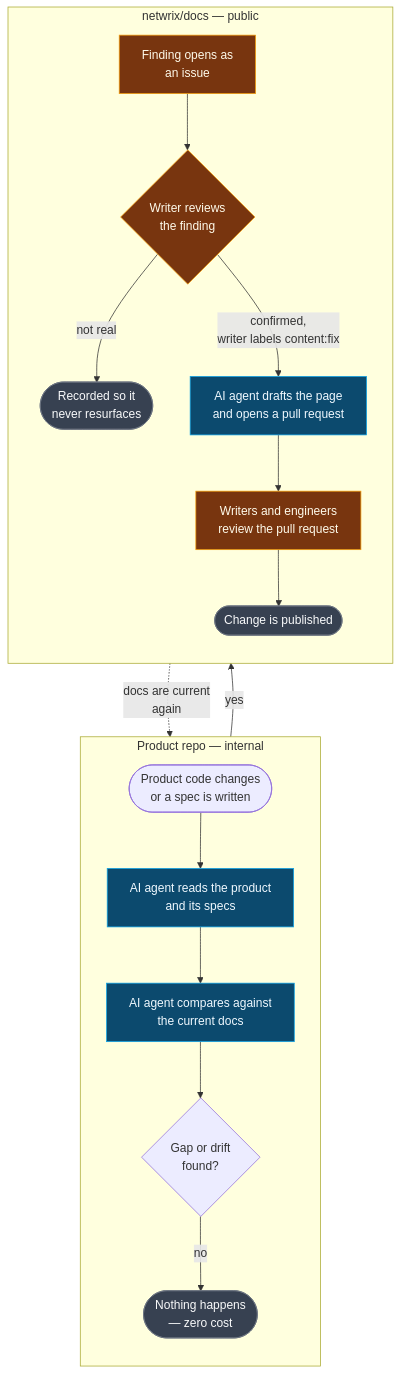
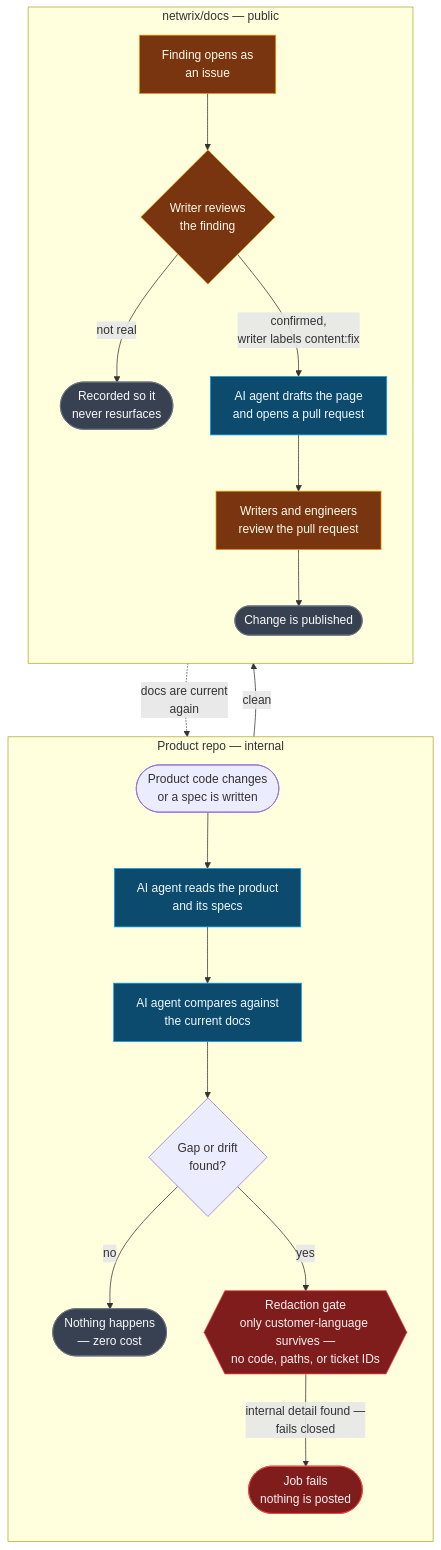
Before and after one commit to netwrix/docs: the first of 7 diagrams in docsync/xchange-article.md, drawn with Mermaid. The commit also changed other lines of this file, not shown here.

Commit message:
Show the redaction gate in the workflow-at-a-glance diagram
A finding never crosses from the product repo to netwrix/docs
unfiltered. Add the fail-closed redaction gate as an explicit node:
on a hit for internal repo names, source paths, or ticket IDs, the
job fails and nothing is posted, rather than silently stripping and
posting anyway.

````diff
--- a/docsync/xchange-article.md
+++ b/docsync/xchange-article.md
@@ -37,35 +37,39 @@
 ```mermaid
 flowchart TB
   subgraph PR["Product repo — internal"]
     direction TB
     A(["Product code changes<br/>or a spec is written"]) --> B["AI agent reads the product<br/>and its specs"]
     B --> C["AI agent compares against<br/>the current docs"]
     C --> D{"Gap or drift<br/>found?"}
     D -- "no" --> E(["Nothing happens<br/>— zero cost"])
+    D -- "yes" --> RED{{"Redaction gate<br/>only customer-language survives —<br/>no code, paths, or ticket IDs"}}
+    RED -- "internal detail found —<br/>fails closed" --> FAIL(["Job fails<br/>nothing is posted"])
   end
 
   subgraph DOCS["netwrix/docs — public"]
     direction TB
     F["Finding opens as<br/>an issue"]
     G{"Writer reviews<br/>the finding"}
     H(["Recorded so it<br/>never resurfaces"])
     I["AI agent drafts the page<br/>and opens a pull request"]
     J["Writers and engineers<br/>review the pull request"]
     K(["Change is published"])
     F --> G
     G -- "not real" --> H
     G -- "confirmed,<br/>writer labels content:fix" --> I
     I --> J
     J --> K
   end
 
-  D -- "yes" --> F
+  RED -- "clean" --> F
   K -.->|"docs are current<br/>again"| C
 
   classDef stop fill:#374151,stroke:#6b7280,color:#f9fafb
   classDef human fill:#78350f,stroke:#f59e0b,color:#fffbeb
   classDef ai fill:#0c4a6e,stroke:#0ea5e9,color:#f0f9ff
+  classDef gate fill:#7f1d1d,stroke:#ef4444,color:#fef2f2
   class E,H,K stop
   class F,G,J human
   class B,C,I ai
+  class RED,FAIL gate
 ```
````
